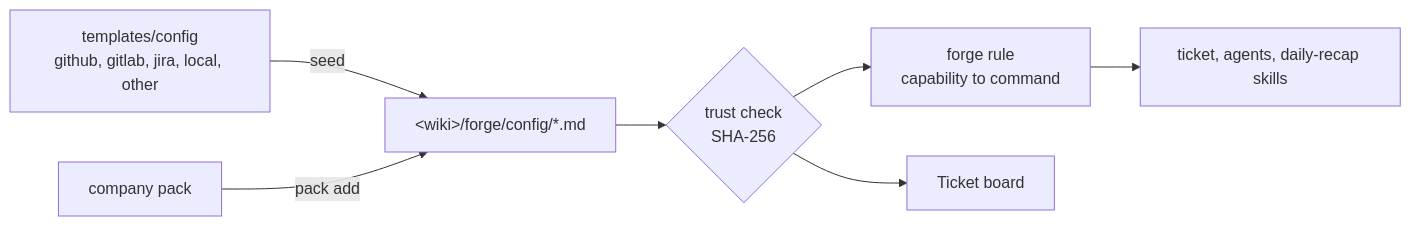
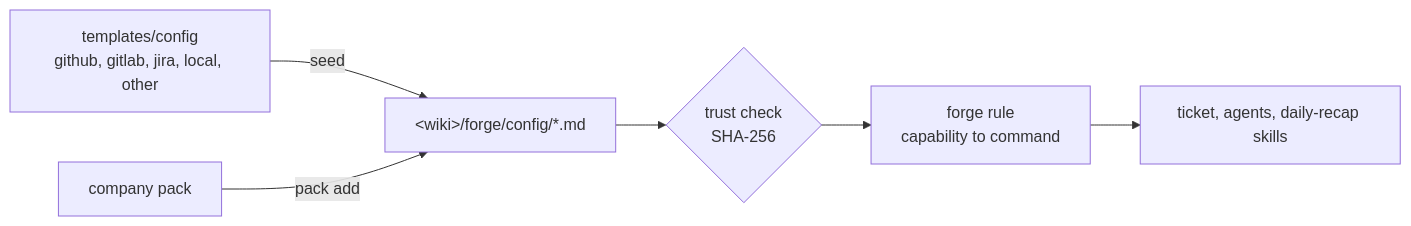
One commit to alexradunet/forge-engineering changed the diagram in docs/config.md. Above: the diagram before and after it, drawn with Mermaid. The commit also changed other lines of this file and 36 other files, not shown here.

First line of the commit message:
v4: remove the ticket board app

````diff
--- a/docs/config.md
+++ b/docs/config.md
@@ -17,9 +17,8 @@
 ```mermaid
 flowchart LR
   tpl["templates/config<br/>github, gitlab, jira, local, other"] -- seed --> cfg["&lt;wiki&gt;/forge/config/*.md"]
   pack["company pack"] -- pack add --> cfg
   cfg --> trust{"trust check<br/>SHA-256"}
   trust --> rule["forge rule<br/>capability to command"]
-  trust --> board["Ticket board"]
   rule --> skills["ticket, agents, daily-recap skills"]
 ```
````
